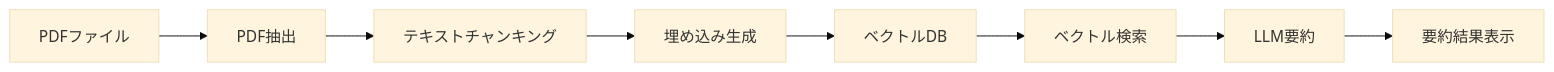
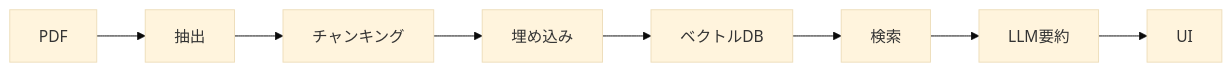
The diagram in README.md (avoseven/paper-summarizer), drawn with Mermaid (base theme) before and after one commit. The commit also changed other lines of this file, not shown here.

Commit message:
Fix: README, add Architecture figure

````diff
--- a/README.md
+++ b/README.md
@@ -118,10 +106,10 @@
 ```mermaid
 flowchart LR
-    A[PDFファイル] --> B[PDF抽出]
-    B --> C[テキストチャンキング]
-    C --> D[埋め込み生成]
+    A[PDF] --> B[抽出]
+    B --> C[チャンキング]
+    C --> D[埋め込み]
     D --> E[ベクトルDB]
-    E --> F[ベクトル検索]
+    E --> F[検索]
     F --> G[LLM要約]
-    G --> H[要約結果表示]
+    G --> H[UI]
 ```
````
